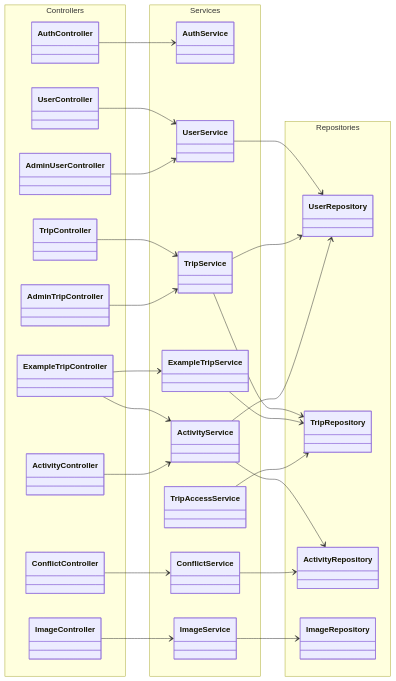
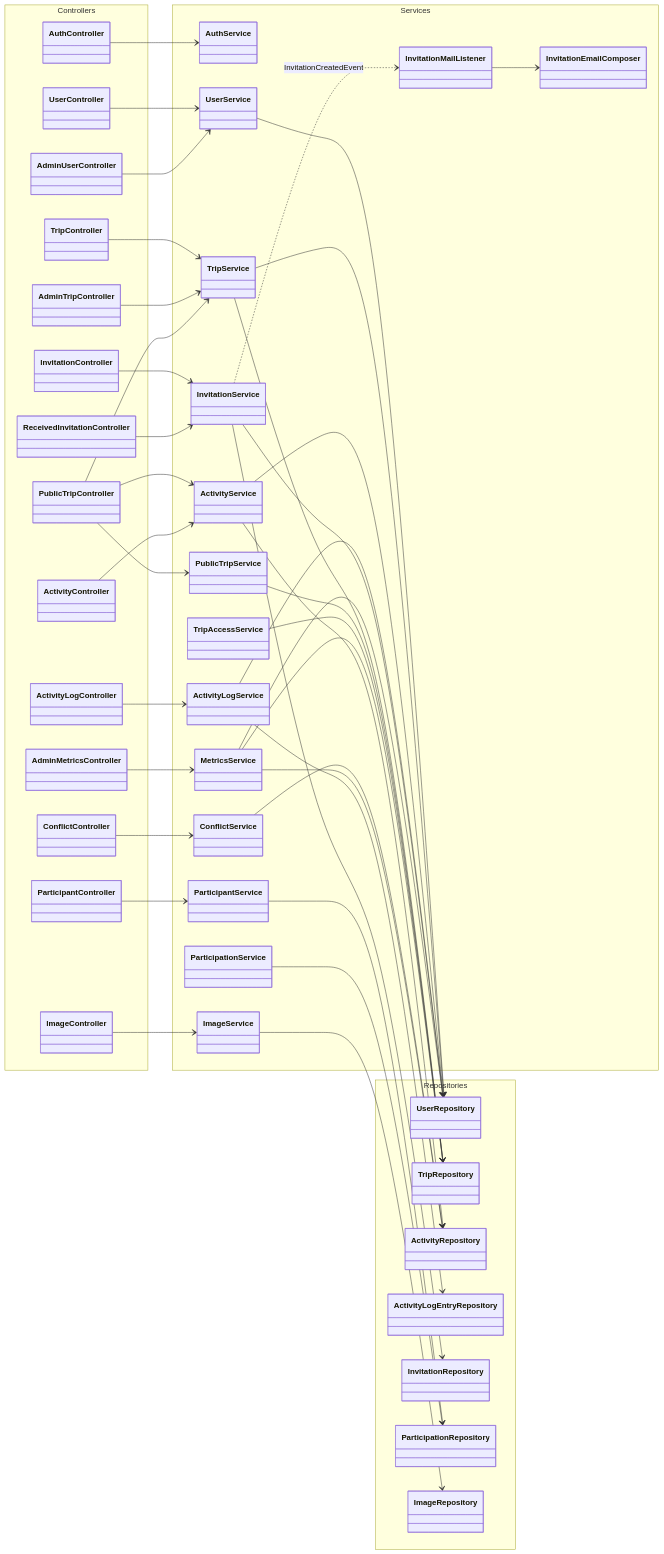
The fourth of 6 diagrams in docs/development-guide.md (codeurjc-students/2026-ViajesRuben), drawn with Mermaid before and after one commit. The commit also changed other lines of this file, not shown here.

````diff
--- a/docs/development-guide.md
+++ b/docs/development-guide.md
@@ -361,50 +382,82 @@
 ```mermaid
 classDiagram
   direction LR
   namespace Controllers {
     class AuthController
     class UserController
     class AdminUserController
     class TripController
     class AdminTripController
-    class ExampleTripController
+    class PublicTripController
     class ActivityController
+    class ActivityLogController
     class ConflictController
+    class InvitationController
+    class ReceivedInvitationController
+    class ParticipantController
+    class AdminMetricsController
     class ImageController
   }
   namespace Services {
     class AuthService
     class UserService
     class TripService
-    class ExampleTripService
+    class PublicTripService
     class TripAccessService
     class ActivityService
+    class ActivityLogService
     class ConflictService
+    class InvitationService
+    class ParticipantService
+    class ParticipationService
+    class MetricsService
     class ImageService
+    class InvitationMailListener
+    class InvitationEmailComposer
   }
   namespace Repositories {
     class UserRepository
     class TripRepository
     class ActivityRepository
+    class ActivityLogEntryRepository
+    class InvitationRepository
+    class ParticipationRepository
     class ImageRepository
   }
   AuthController --> AuthService
   UserController --> UserService
   AdminUserController --> UserService
   TripController --> TripService
   AdminTripController --> TripService
-  ExampleTripController --> ExampleTripService
-  ExampleTripController --> ActivityService
+  PublicTripController --> PublicTripService
+  PublicTripController --> ActivityService
+  PublicTripController --> TripService
   ActivityController --> ActivityService
+  ActivityLogController --> ActivityLogService
   ConflictController --> ConflictService
+  InvitationController --> InvitationService
+  ReceivedInvitationController --> InvitationService
+  ParticipantController --> ParticipantService
+  AdminMetricsController --> MetricsService
   ImageController --> ImageService
   UserService --> UserRepository
   TripService --> TripRepository
   TripService --> UserRepository
-  ExampleTripService --> TripRepository
+  PublicTripService --> TripRepository
   TripAccessService --> TripRepository
   ActivityService --> ActivityRepository
   ActivityService --> UserRepository
+  ActivityLogService --> ActivityLogEntryRepository
+  ActivityLogService --> UserRepository
   ConflictService --> ActivityRepository
+  InvitationService --> InvitationRepository
+  InvitationService --> UserRepository
+  ParticipantService --> ParticipationRepository
+  ParticipationService --> ParticipationRepository
+  MetricsService --> UserRepository
+  MetricsService --> TripRepository
+  MetricsService --> ActivityRepository
   ImageService --> ImageRepository
+  InvitationService ..> InvitationMailListener : InvitationCreatedEvent
+  InvitationMailListener --> InvitationEmailComposer
 ```
````
